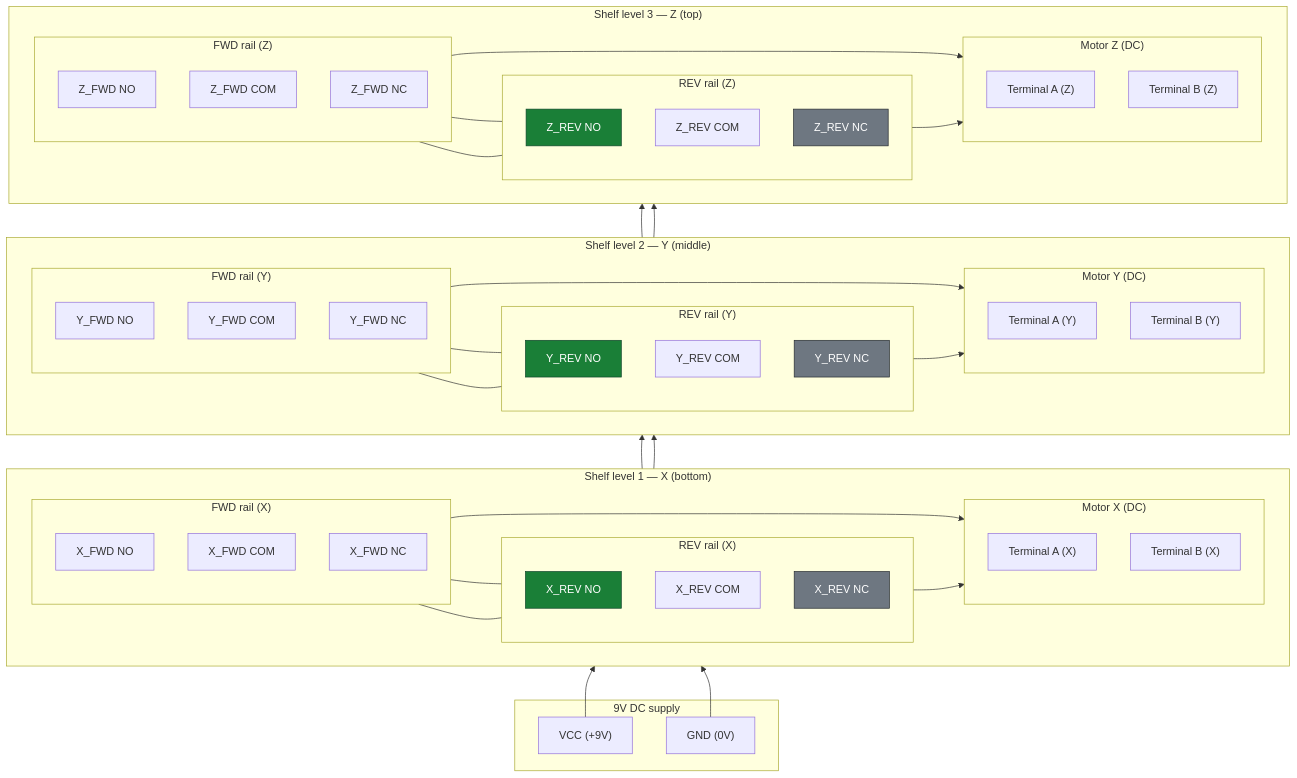
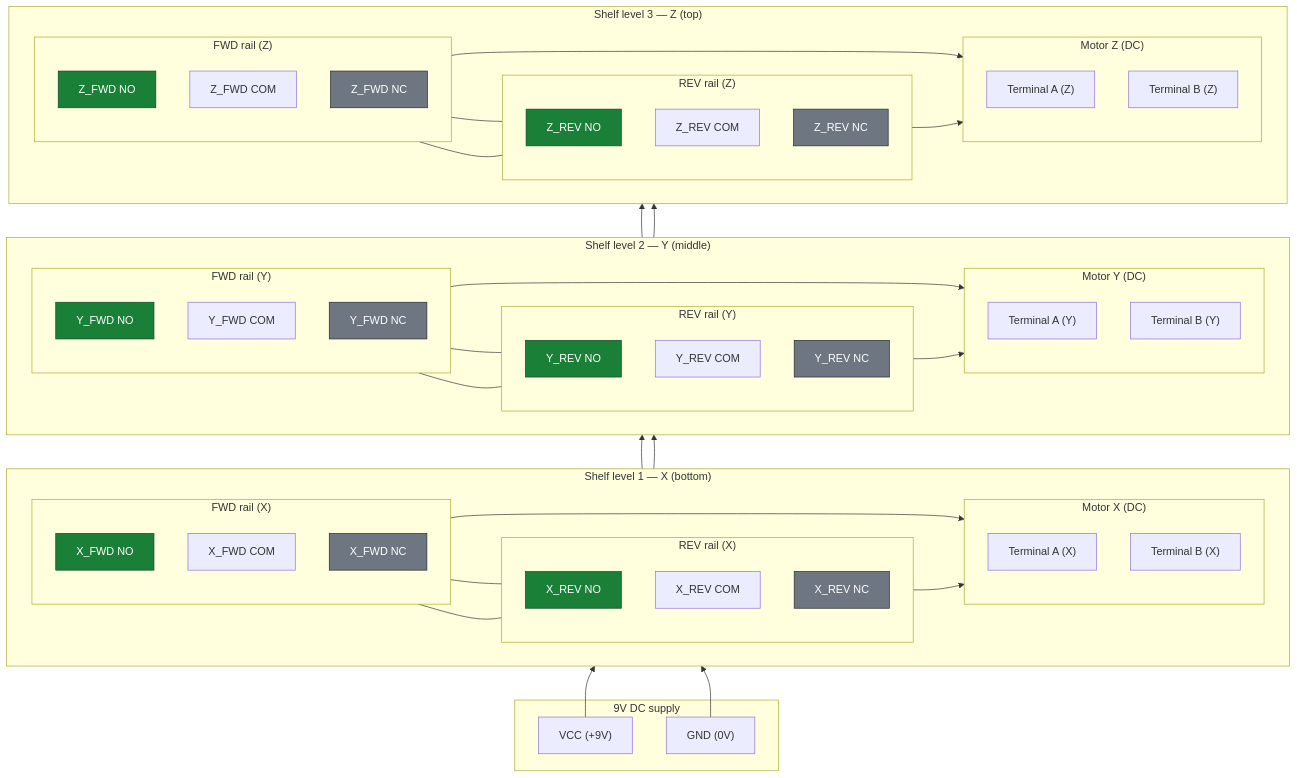
One commit to SB-312/Proyecto-Intermedio-IIoT changed the diagram in README.md. Above: the diagram before and after it, drawn with Mermaid.

```diff
--- a/README.md
+++ b/README.md
@@ -102,8 +102,8 @@
 %% === Optional node styling for quick orientation ===
 classDef vcc fill:#1a7f37,stroke:#0e4429,color:#fff;
 classDef gnd fill:#6e7781,stroke:#24292f,color:#fff;
-class X_REV_NO,Y_REV_NO,Z_REV_NO vcc;
-class X_REV_NC,Y_REV_NC,Z_REV_NC gnd;
+class X_REV_NO,Y_REV_NO,Z_REV_NO,X_FWD_NO,Y_FWD_NO,Z_FWD_NO vcc;
+class X_REV_NC,Y_REV_NC,Z_REV_NC,X_FWD_NC,Y_FWD_NC,Z_FWD_NC gnd;
 
 
 
```
